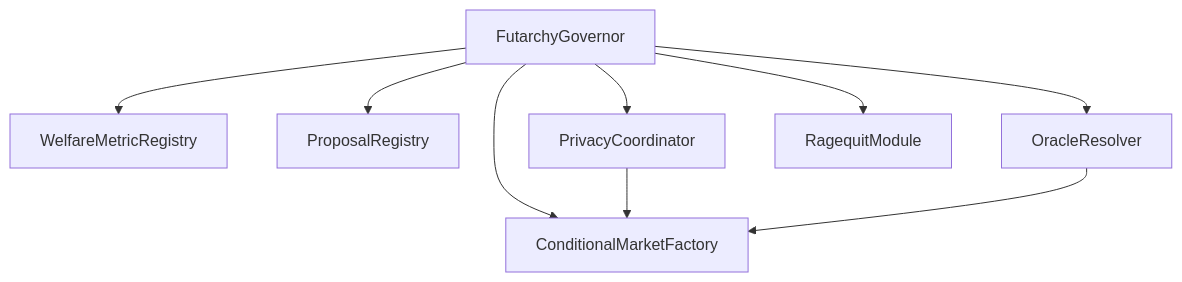
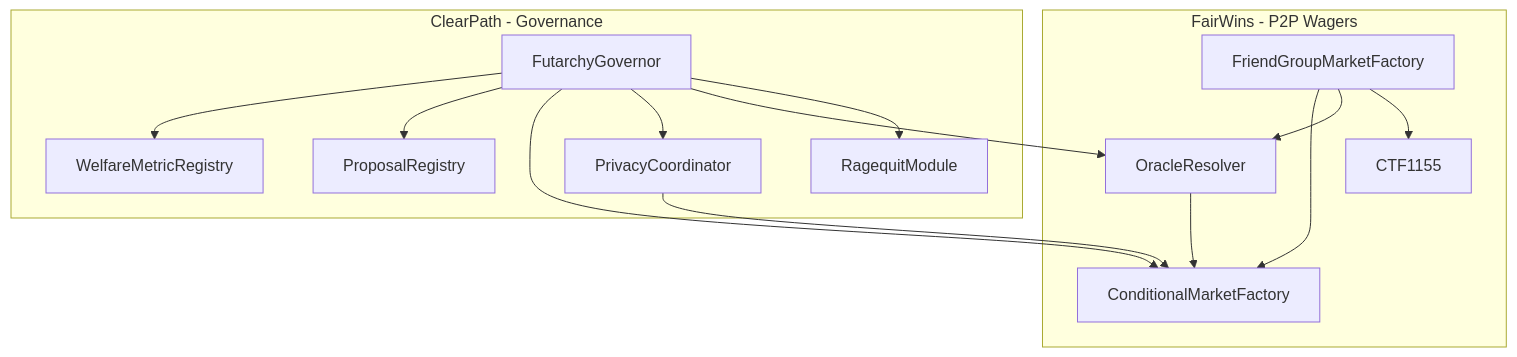
The diagram in docs/developer-guide/smart-contracts.md (chippr-robotics/prediction-dao-research), drawn with Mermaid before and after one commit. The commit also changed other lines of this file and 32 other files, not shown here.

````diff
--- a/docs/developer-guide/smart-contracts.md
+++ b/docs/developer-guide/smart-contracts.md
@@ -9,11 +9,18 @@
 ```mermaid
 graph TD
-    A[FutarchyGovernor] --> B[WelfareMetricRegistry]
-    A --> C[ProposalRegistry]
-    A --> D[ConditionalMarketFactory]
-    A --> E[PrivacyCoordinator]
-    A --> F[OracleResolver]
-    A --> G[RagequitModule]
+    subgraph FairWins [FairWins - P2P Wagers]
+        H[FriendGroupMarketFactory] --> D[ConditionalMarketFactory]
+        H --> F[OracleResolver]
+        H --> I[CTF1155]
+    end
+    subgraph ClearPath [ClearPath - Governance]
+        A[FutarchyGovernor] --> B[WelfareMetricRegistry]
+        A --> C[ProposalRegistry]
+        A --> D
+        A --> E[PrivacyCoordinator]
+        A --> F
+        A --> G[RagequitModule]
+    end
     E --> D
     F --> D
 ```
````
